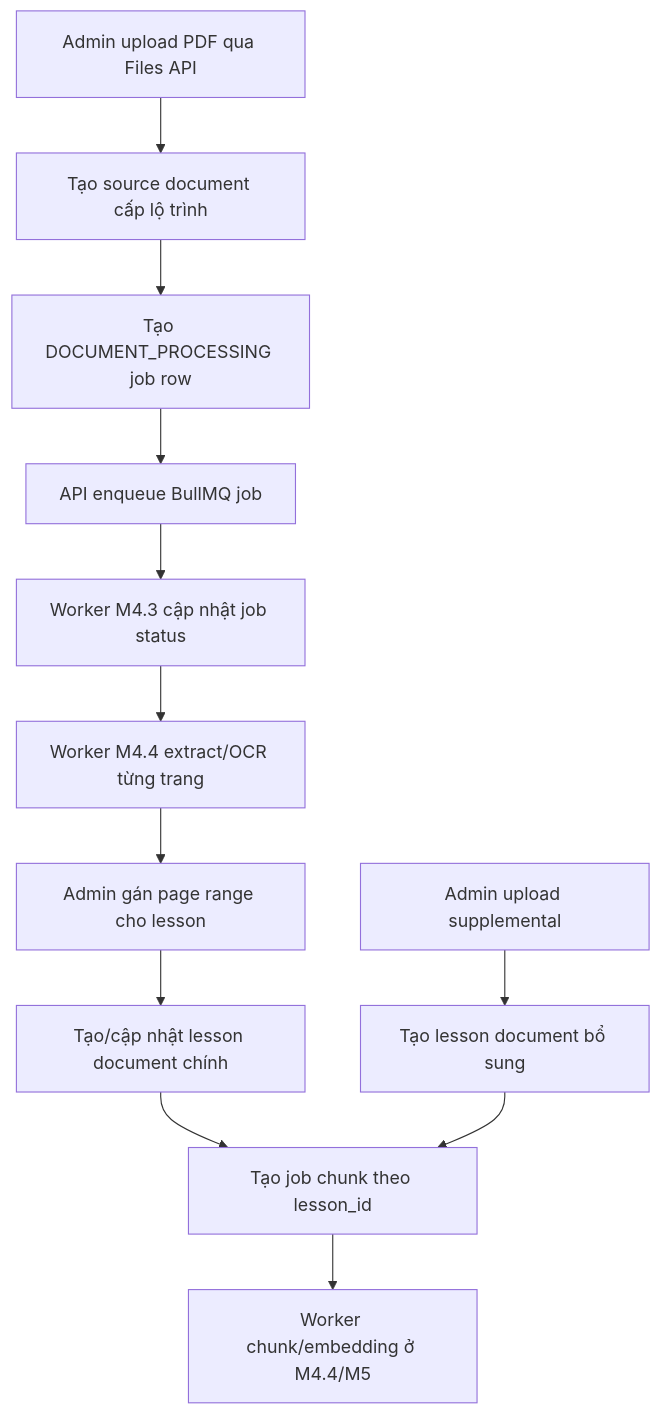
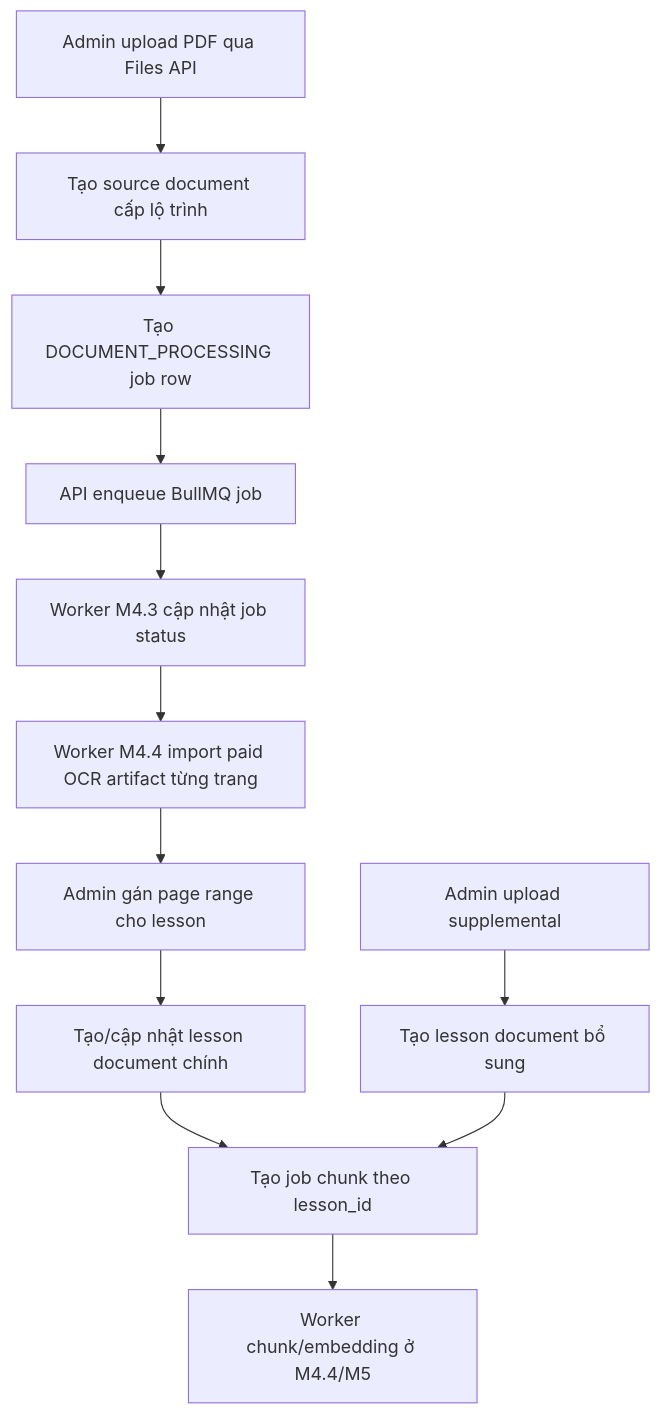
Before and after one commit to DamAnhTuanTB/ClassHero: the diagram in docs/learning-notes/features/lesson-document-processing.md, drawn with Mermaid. The commit also changed other lines of this file and 29 other files, not shown here.

````diff
--- a/docs/learning-notes/features/lesson-document-processing.md
+++ b/docs/learning-notes/features/lesson-document-processing.md
@@ -13,14 +13,14 @@
 ```mermaid
 flowchart TD
   A[Admin upload PDF qua Files API] --> B[Tạo source document cấp lộ trình]
   B --> C[Tạo DOCUMENT_PROCESSING job row]
   C --> D[API enqueue BullMQ job]
   D --> E[Worker M4.3 cập nhật job status]
-  E --> F[Worker M4.4 extract/OCR từng trang]
+  E --> F[Worker M4.4 import paid OCR artifact từng trang]
   F --> G[Admin gán page range cho lesson]
   G --> H[Tạo/cập nhật lesson document chính]
   H --> I[Tạo job chunk theo lesson_id]
   J[Admin upload supplemental] --> K[Tạo lesson document bổ sung]
   K --> I
   I --> L[Worker chunk/embedding ở M4.4/M5]
 ```
````
